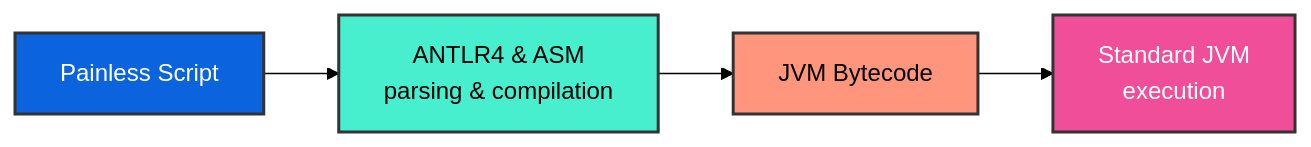
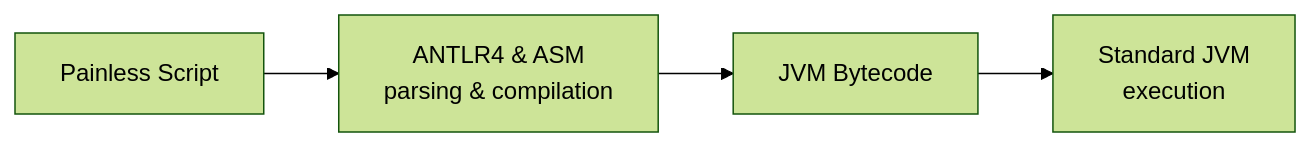
Before and after one commit to codacy-open-source-projects-scans/elasticsearch: the first of 2 diagrams in docs/reference/scripting-languages/painless/painless-language-specification.md, drawn with Mermaid (forest theme). The commit also changed other lines of this file and 26737 other files, not shown here.

````diff
--- a/docs/reference/scripting-languages/painless/painless-language-specification.md
+++ b/docs/reference/scripting-languages/painless/painless-language-specification.md
@@ -31,16 +31,11 @@
 ```mermaid
 flowchart LR
     A[Painless Script] --> B[ANTLR4 & ASM<br/>parsing & compilation]
     B --> C[JVM Bytecode] 
     C --> D[Standard JVM<br/>execution]
-    
-    classDef elasticBlue fill:#0B64DD,stroke:#333,stroke-width:2px,color:#fff
-    classDef lightTeal fill:#48EFCF,stroke:#333,stroke-width:2px,color:#000
-    classDef lightPoppy fill:#FF957D,stroke:#333,stroke-width:2px,color:#000
-    classDef pink fill:#F04E98,stroke:#333,stroke-width:2px,color:#fff
-    
-    class A elasticBlue
-    class B lightTeal
-    class C lightPoppy
-    class D pink
+
+    class A highlight
+    class B tip
+    class C caution
+    class D error
 ```
````
